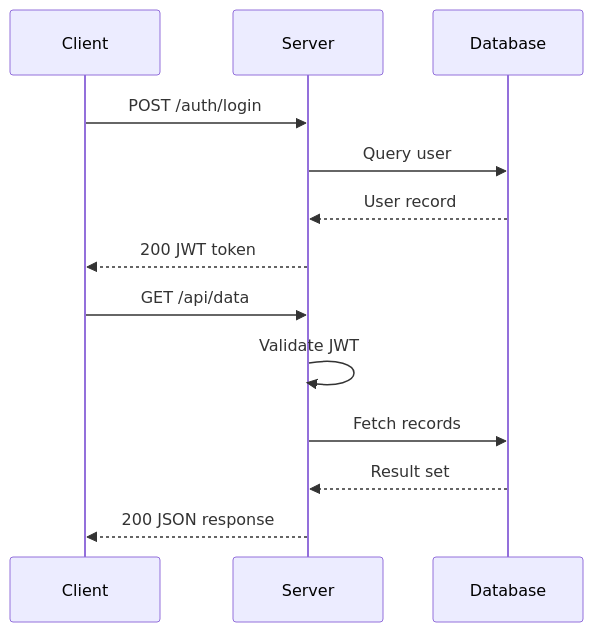
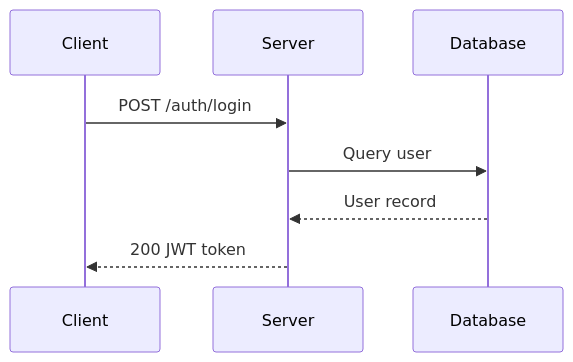
One commit to denolfe/dotfiles changed the diagram in tools/glowm/test.md. Above: the diagram before and after it, drawn with Mermaid. The commit also changed other lines of this file and 5 other files, not shown here.

````diff
--- a/tools/glowm/test.md
+++ b/tools/glowm/test.md
@@ -42,17 +5,11 @@
 ```mermaid
 sequenceDiagram
     participant C as Client
     participant S as Server
     participant DB as Database
 
     C->>S: POST /auth/login
     S->>DB: Query user
     DB-->>S: User record
     S-->>C: 200 JWT token
-
-    C->>S: GET /api/data
-    S->>S: Validate JWT
-    S->>DB: Fetch records
-    DB-->>S: Result set
-    S-->>C: 200 JSON response
 ```
````
